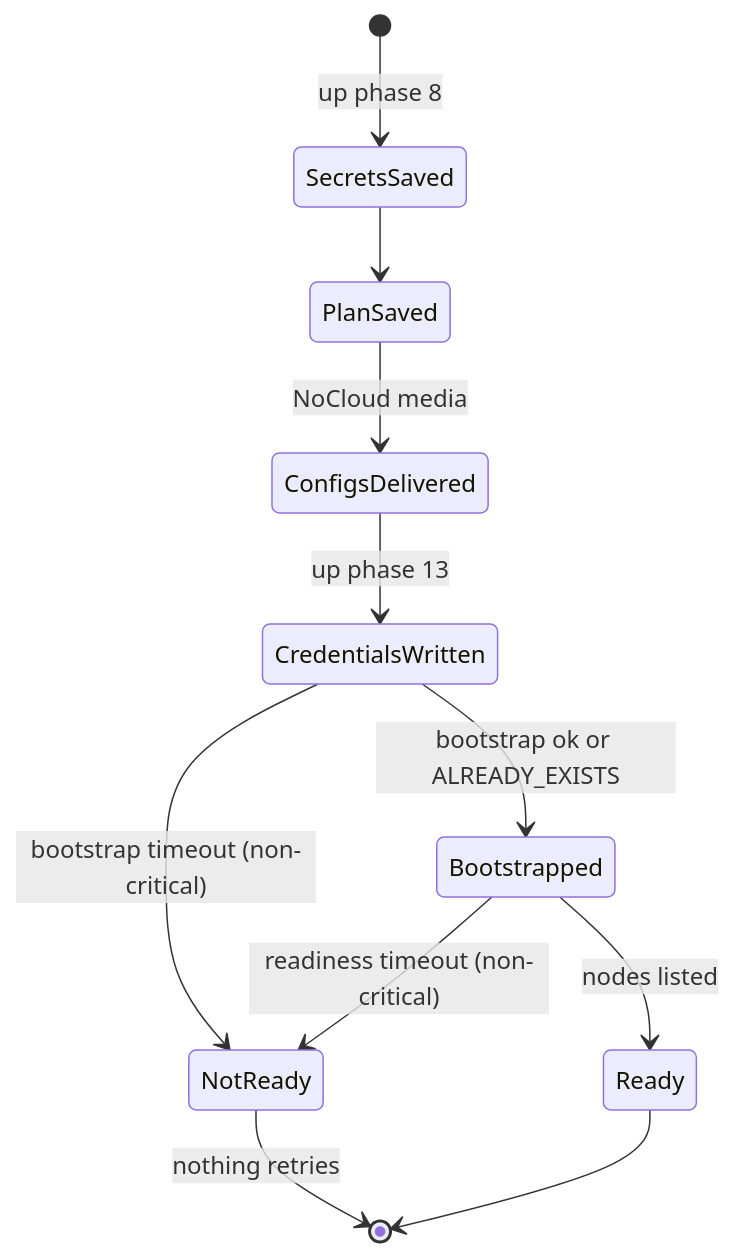
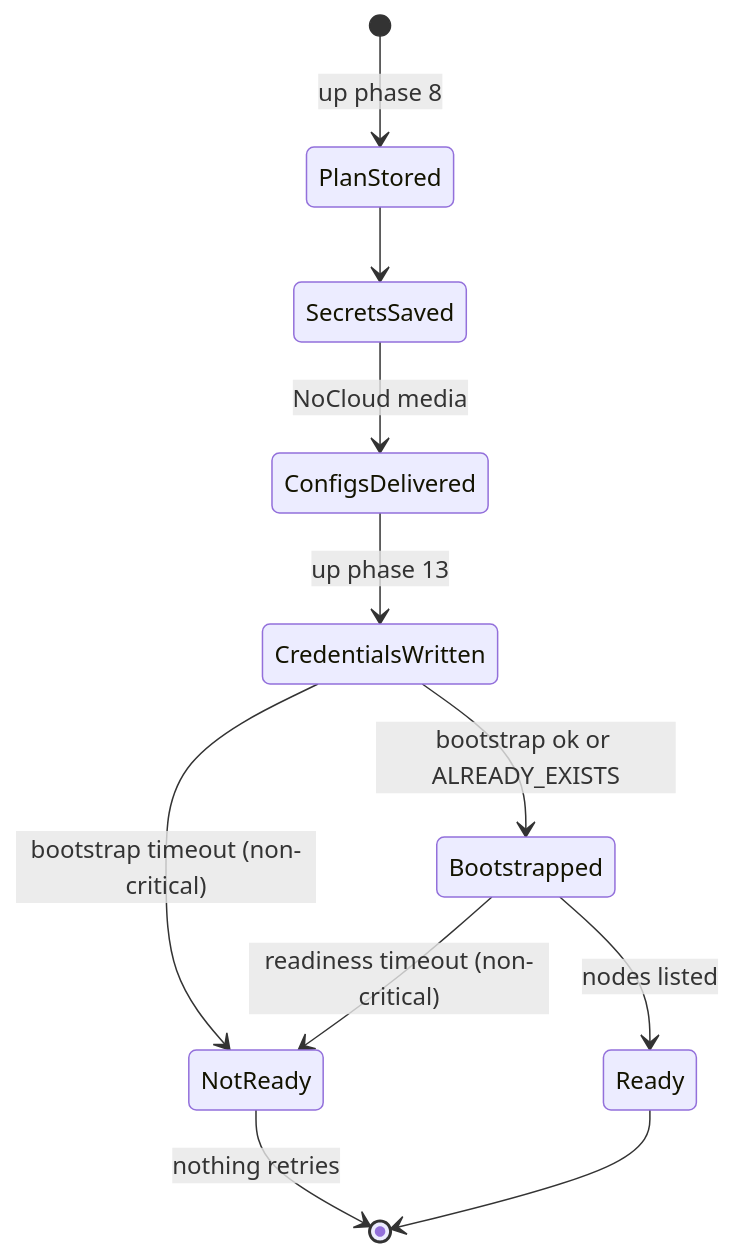
The ninth of 23 diagrams in docs/architecture/STATE_MACHINES.md (bwks/sherpa), drawn with Mermaid before and after one commit. The commit also changed other lines of this file and 4 other files, not shown here.

````diff
--- a/docs/architecture/STATE_MACHINES.md
+++ b/docs/architecture/STATE_MACHINES.md
@@ -770,13 +770,13 @@
 ```mermaid
 stateDiagram-v2
-    [*] --> SecretsSaved : up phase 8
-    SecretsSaved --> PlanSaved
-    PlanSaved --> ConfigsDelivered : NoCloud media
+    [*] --> PlanStored : up phase 8
+    PlanStored --> SecretsSaved
+    SecretsSaved --> ConfigsDelivered : NoCloud media
     ConfigsDelivered --> CredentialsWritten : up phase 13
     CredentialsWritten --> Bootstrapped : bootstrap ok or ALREADY_EXISTS
     CredentialsWritten --> NotReady : bootstrap timeout (non-critical)
     Bootstrapped --> Ready : nodes listed
     Bootstrapped --> NotReady : readiness timeout (non-critical)
     NotReady --> [*] : nothing retries
     Ready --> [*]
 ```
````
